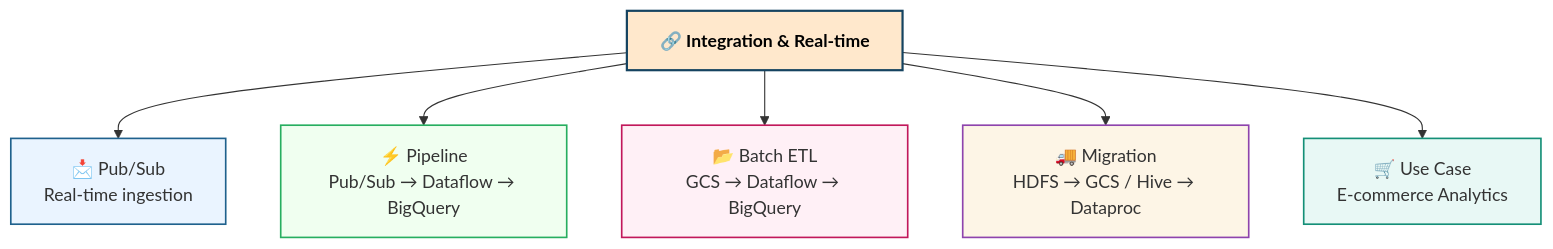
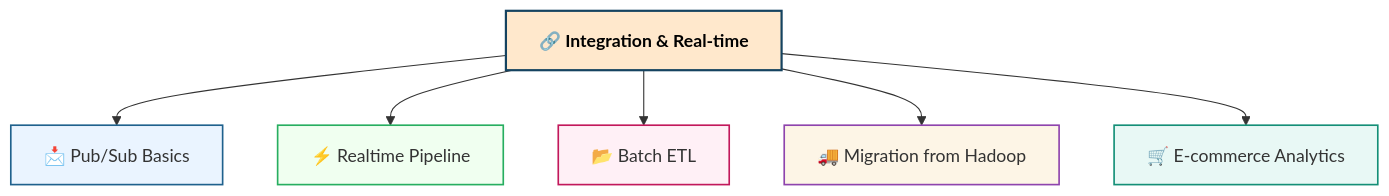
The eighth of 8 diagrams in GCP-interview.md (blaire101/DE2-AWS-Azure-GCP-2025), drawn with Mermaid before and after one commit. The commit also changed other lines of this file, not shown here.

````diff
--- a/GCP-interview.md
+++ b/GCP-interview.md
@@ -456,27 +318,21 @@
 ```mermaid
 flowchart TB
-    %% ===== Styles =====
     classDef main fill:#ffe8cc,stroke:#154360,stroke-width:2px,font-weight:bold,color:#000
     classDef pubsub fill:#eaf4ff,stroke:#1f618d,stroke-width:1.5px
     classDef pipeline fill:#f0fff0,stroke:#27ae60,stroke-width:1.5px
     classDef batch fill:#fff0f6,stroke:#c2185b,stroke-width:1.5px
     classDef migrate fill:#fdf5e6,stroke:#8e44ad,stroke-width:1.5px
     classDef usecase fill:#e8f8f5,stroke:#148f77,stroke-width:1.5px
 
-    %% ===== Main Node =====
     A[🔗 Integration & Real-time]:::main
-
-    %% ===== Sub Nodes =====
-    B[📩 Pub/Sub<br>Real-time ingestion]:::pubsub
-    C[⚡ Pipeline<br>Pub/Sub → Dataflow → BigQuery]:::pipeline
-    D[📂 Batch ETL<br>GCS → Dataflow → BigQuery]:::batch
-    E[🚚 Migration<br>HDFS → GCS / Hive → Dataproc]:::migrate
-    F[🛒 Use Case<br>E-commerce Analytics]:::usecase
-
-    %% ===== Layout =====
+    B[📩 Pub/Sub Basics]:::pubsub
+    C[⚡ Realtime Pipeline]:::pipeline
+    D[📂 Batch ETL]:::batch
+    E[🚚 Migration from Hadoop]:::migrate
+    F[🛒 E-commerce Analytics]:::usecase
     A --> B
     A --> C
     A --> D
     A --> E
     A --> F
 ```
````
